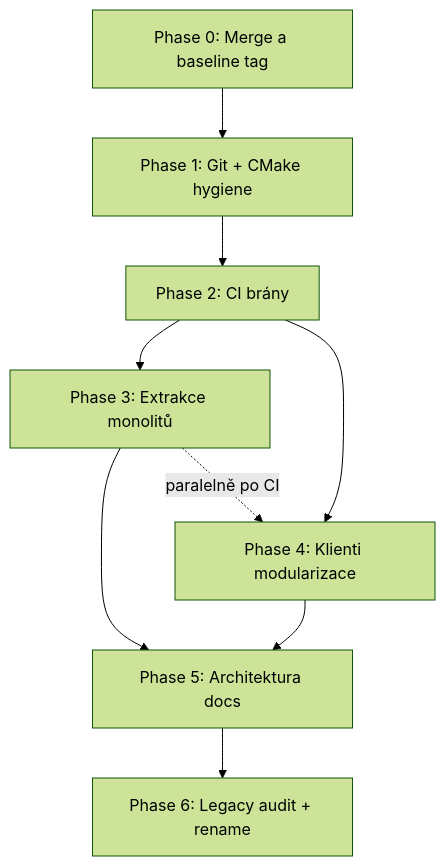
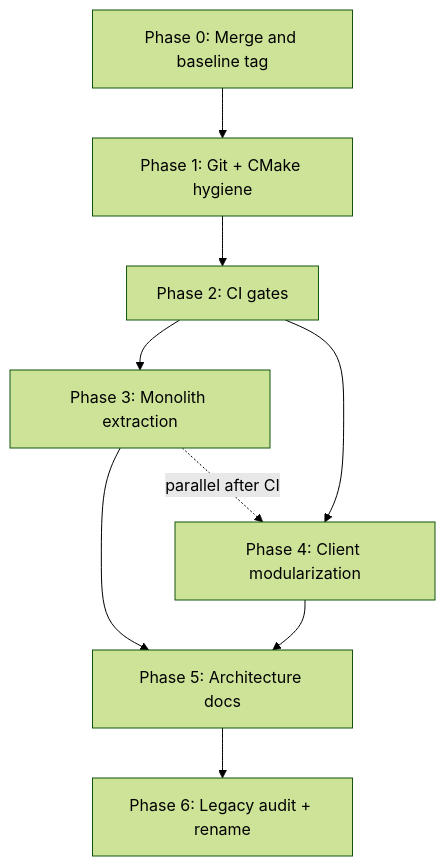
One commit to AlfredKrutina/chess_esp32_c6_devkit changed the diagram in docs/reference/PROFESSIONAL_CLEANUP_PLAN.md. Above: the diagram before and after it, drawn with Mermaid (forest theme). The commit also changed other lines of this file and 372 other files, not shown here.

````diff
--- a/docs/reference/PROFESSIONAL_CLEANUP_PLAN.md
+++ b/docs/reference/PROFESSIONAL_CLEANUP_PLAN.md
@@ -99,20 +99,20 @@
 ```mermaid
 flowchart TD
-  P0[Phase 0: Merge a baseline tag]
+  P0[Phase 0: Merge and baseline tag]
   P1[Phase 1: Git + CMake hygiene]
-  P2[Phase 2: CI brány]
-  P3[Phase 3: Extrakce monolitů]
-  P4[Phase 4: Klienti modularizace]
-  P5[Phase 5: Architektura docs]
+  P2[Phase 2: CI gates]
+  P3[Phase 3: Monolith extraction]
+  P4[Phase 4: Client modularization]
+  P5[Phase 5: Architecture docs]
   P6[Phase 6: Legacy audit + rename]
 
   P0 --> P1
   P1 --> P2
   P2 --> P3
   P2 --> P4
   P3 --> P5
   P4 --> P5
   P5 --> P6
 
-  P3 -.->|paralelně po CI| P4
+  P3 -.->|parallel after CI| P4
 ```
````
